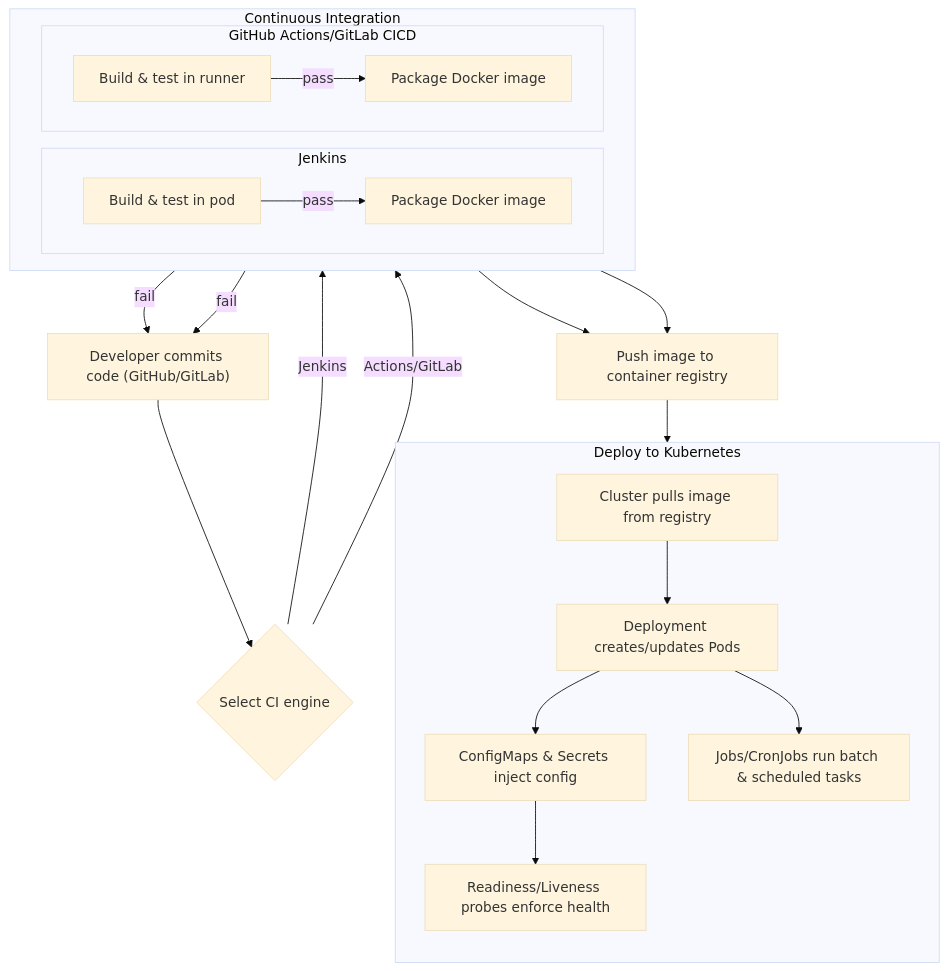
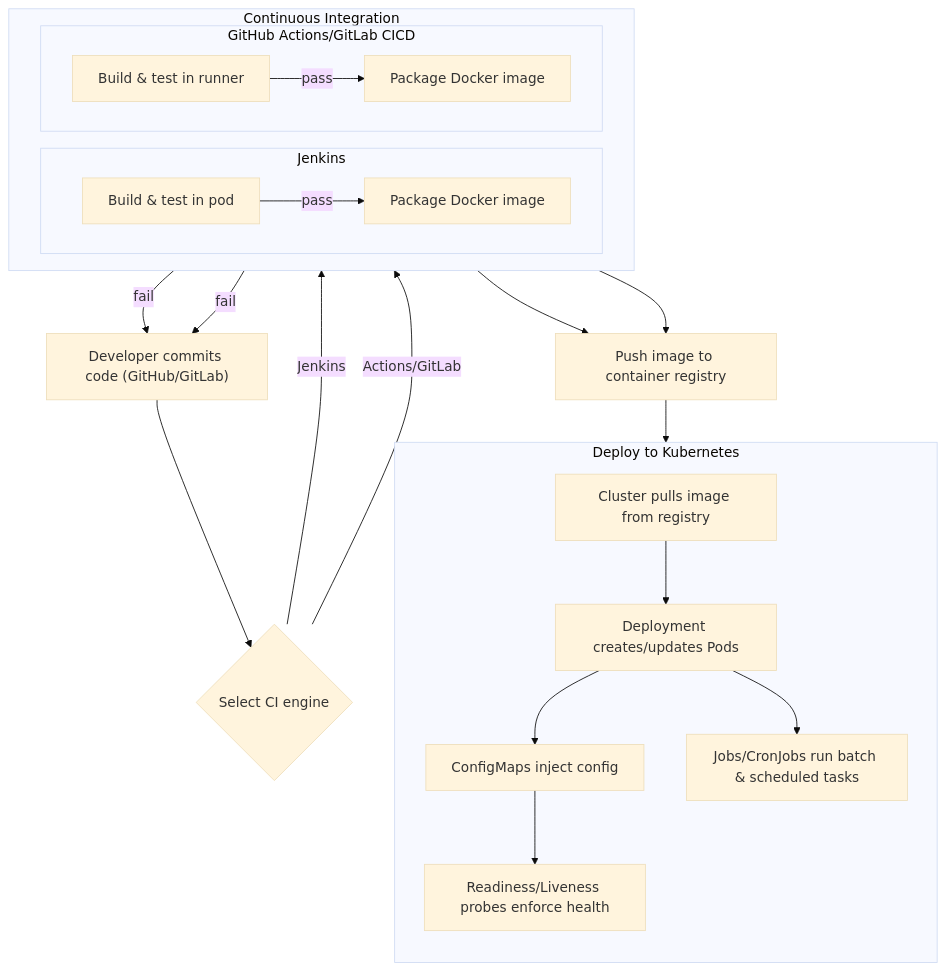
The diagram in ci-cd-high-level.md (csfeeser/ci-cd), drawn with Mermaid (base theme) before and after one commit.

````diff
--- a/ci-cd-high-level.md
+++ b/ci-cd-high-level.md
@@ -3,40 +3,40 @@
 ```mermaid
 flowchart TD
   A["Developer commits code (GitHub/GitLab)"]
 
   subgraph CI["Continuous Integration"]
     direction LR
 
     subgraph JENK["Jenkins"]
       J1["Build & test in pod"]
       J2["Package Docker image"]
     end
 
     subgraph GHA_GL["GitHub Actions/GitLab CICD"]
       G1["Build & test in runner"]
       G2["Package Docker image"]
     end
   end
 
   R["Push image to container registry"]
 
   subgraph KDEP["Deploy to Kubernetes"]
     direction TB
     K7["Cluster pulls image from registry"]
     K8["Deployment creates/updates Pods"]
-    K9["ConfigMaps & Secrets inject config"]
+    K9["ConfigMaps inject config"]
     K10["Readiness/Liveness probes enforce health"]
     K11["Jobs/CronJobs run batch & scheduled tasks"]
   end
 
   %% Flow choices
   A --> B{Select CI engine}
   B -->|Jenkins| J1 -->|fail| A
   J1 -->|pass| J2 --> R
   B -->|Actions/GitLab| G1 -->|fail| A
   G1 -->|pass| G2 --> R
 
   %% Deploy path
   R --> K7 --> K8 --> K9 --> K10
   K8 --> K11
 ```
````
